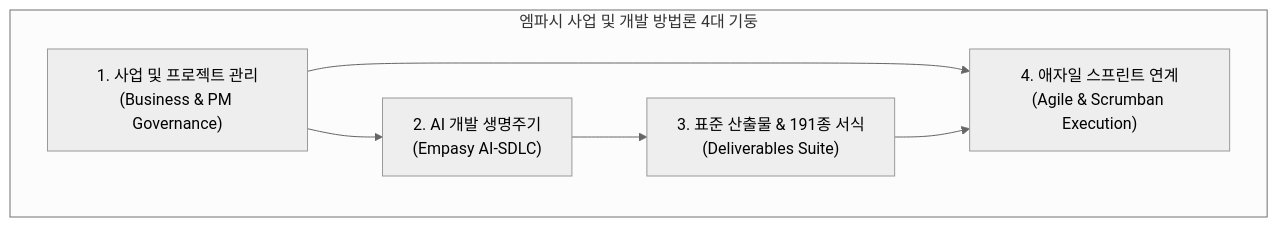
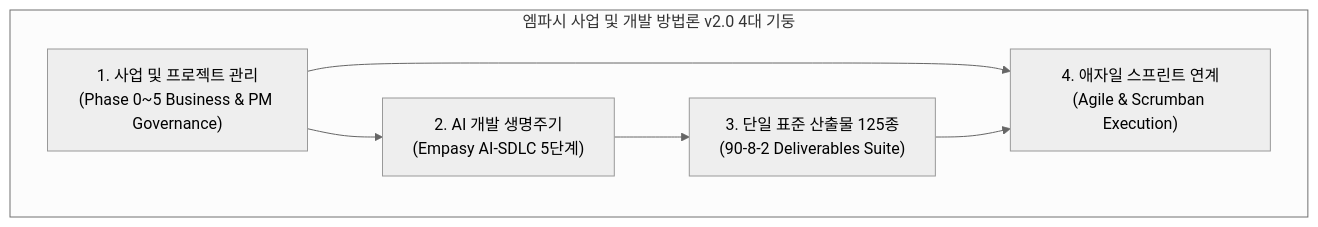
Before and after one commit to DramaticCollaboration/doc.github.io: the first of 2 diagrams in ko/methodology/index.md, drawn with Mermaid (neutral theme). The commit also changed other lines of this file and 477 other files, not shown here.

````diff
--- a/ko/methodology/index.md
+++ b/ko/methodology/index.md
@@ -33,14 +33,14 @@
 ```mermaid
 flowchart TD
-    subgraph CorePillars ["엠파시 사업 및 개발 방법론 4대 기둥"]
-        P1["1. 사업 및 프로젝트 관리<br/>(Business & PM Governance)"]
-        P2["2. AI 개발 생명주기<br/>(Empasy AI-SDLC)"]
-        P3["3. 표준 산출물 & 191종 서식<br/>(Deliverables Suite)"]
+    subgraph CorePillars ["엠파시 사업 및 개발 방법론 v2.0 4대 기둥"]
+        P1["1. 사업 및 프로젝트 관리<br/>(Phase 0~5 Business & PM Governance)"]
+        P2["2. AI 개발 생명주기<br/>(Empasy AI-SDLC 5단계)"]
+        P3["3. 단일 표준 산출물 125종<br/>(90-8-2 Deliverables Suite)"]
         P4["4. 애자일 스프린트 연계<br/>(Agile & Scrumban Execution)"]
     end
 
     P1 --> P2
     P2 --> P3
     P1 --> P4
     P3 --> P4
 ```
````
